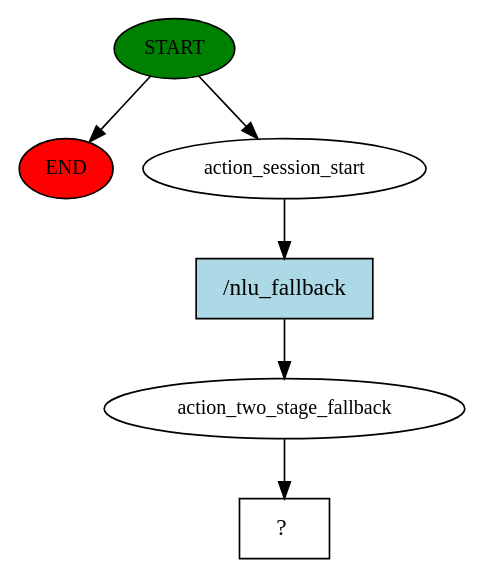
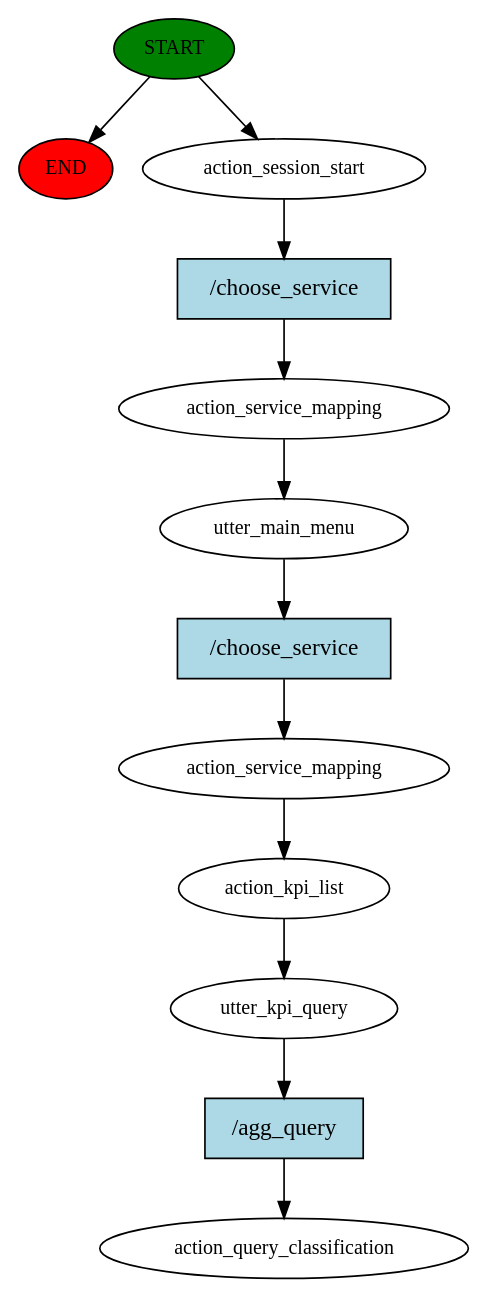
The diagram in story_graph.dot (yuqiong11/kpichat), drawn with Graphviz before and after one commit. The commit also changed 278 other files, not shown here.

```diff
--- a/story_graph.dot
+++ b/story_graph.dot
@@ -1,13 +1,25 @@
 digraph  {
 0 [class="start active", fillcolor=green, fontsize=12, label=START, style=filled];
 "-1" [class=end, fillcolor=red, fontsize=12, label=END, style=filled];
 1 [class=active, fontsize=12, label=action_session_start];
-2 [class=active, fontsize=12, label=action_two_stage_fallback];
-3 [class="intent dashed active", label="  ?  ", shape=rect];
-4 [class="intent active", fillcolor=lightblue, label="/nlu_fallback", shape=rect, style=filled];
+2 [class=active, fontsize=12, label=action_service_mapping];
+3 [class=active, fontsize=12, label=utter_main_menu];
+4 [class=active, fontsize=12, label=action_service_mapping];
+5 [class=active, fontsize=12, label=action_kpi_list];
+6 [class=active, fontsize=12, label=utter_kpi_query];
+7 [class="dashed active", fontsize=12, label=action_query_classification];
+8 [class="intent active", fillcolor=lightblue, label="/choose_service", shape=rect, style=filled];
+9 [class="intent active", fillcolor=lightblue, label="/choose_service", shape=rect, style=filled];
+10 [class="intent active", fillcolor=lightblue, label="/agg_query", shape=rect, style=filled];
 0 -> "-1"  [class="", key=NONE, label=""];
 0 -> 1  [class=active, key=NONE, label=""];
-1 -> 4  [class=active, key=0];
+1 -> 8  [class=active, key=0];
 2 -> 3  [class=active, key=NONE, label=""];
-4 -> 2  [class=active, key=0];
+3 -> 9  [class=active, key=0];
+4 -> 5  [class=active, key=NONE, label=""];
+5 -> 6  [class=active, key=NONE, label=""];
+6 -> 10  [class=active, key=0];
+8 -> 2  [class=active, key=0];
+9 -> 4  [class=active, key=0];
+10 -> 7  [class=active, key=0];
 }
```
